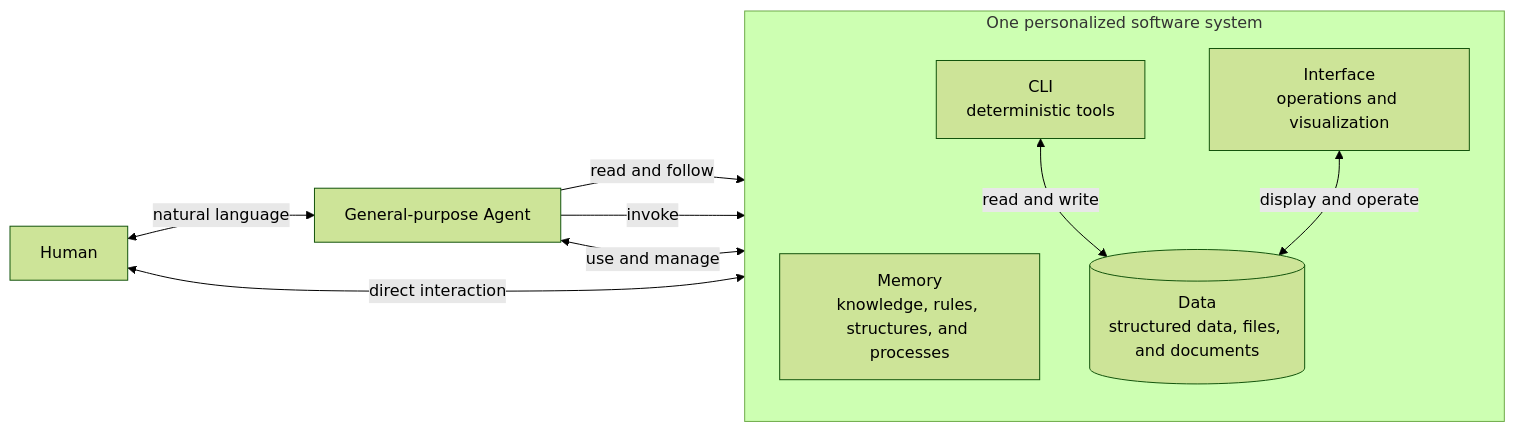
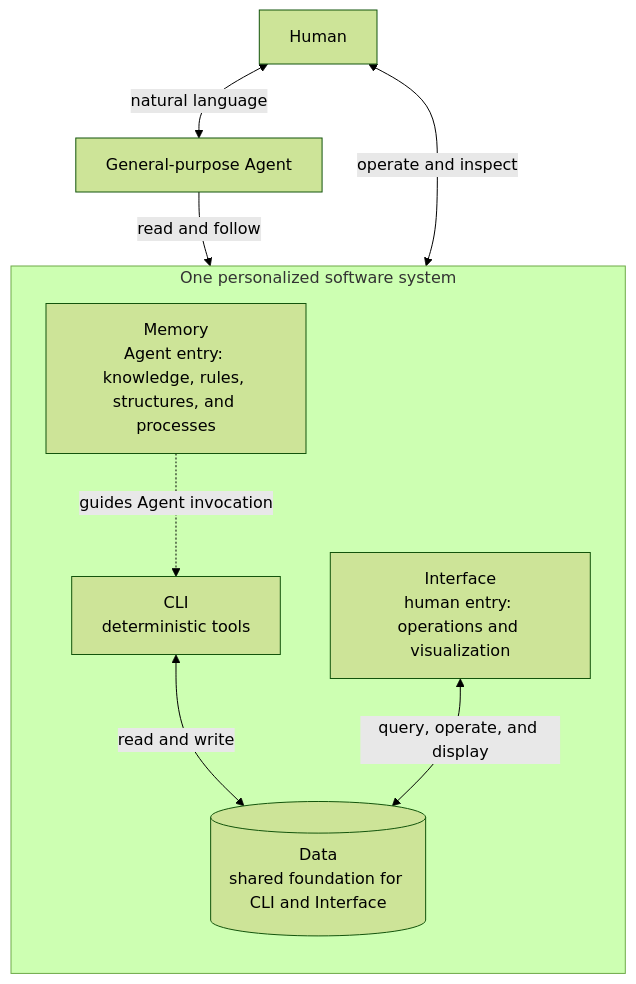
Before and after one commit to billtenor/memsphere: the diagram in README.en.md, drawn with Mermaid (forest theme). The commit also changed other lines of this file and 1 other file, not shown here.

Commit message:
docs: clarify personalized software asset flow

```diff
--- a/README.en.md
+++ b/README.en.md
@@ -80,22 +80,21 @@
 ~~~mermaid
-flowchart LR
+flowchart TB
     H["Human"]
     A["General-purpose Agent"]
 
     subgraph S["One personalized software system"]
         direction TB
-        M["Memory<br/>knowledge, rules, structures, and processes"]
+        M["Memory<br/>Agent entry: knowledge, rules, structures, and processes"]
         C["CLI<br/>deterministic tools"]
-        D[("Data<br/>structured data, files, and documents")]
-        I["Interface<br/>operations and visualization"]
+        I["Interface<br/>human entry: operations and visualization"]
+        D[("Data<br/>shared foundation for CLI and Interface")]
 
+        M -.->|"guides Agent invocation"| C
         C <-->|"read and write"| D
-        I <-->|"display and operate"| D
+        I <-->|"query, operate, and display"| D
     end
 
     H <-->|"natural language"| A
     A -->|"read and follow"| M
-    A -->|"invoke"| C
-    A <-->|"use and manage"| D
-    H <-->|"direct interaction"| I
+    H <-->|"operate and inspect"| I
 ~~~
```
